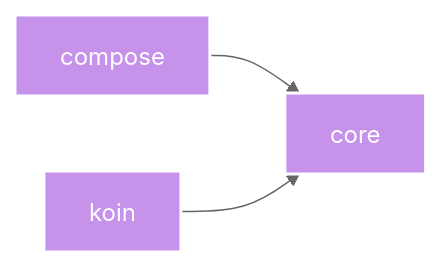
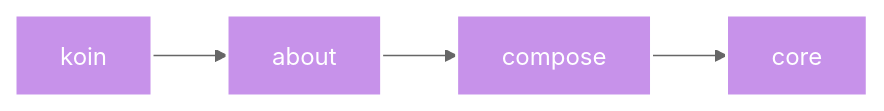
Before and after one commit to yasanglass/toolkit: the diagram in kotlin-multiplatform/README.md, drawn with Mermaid. The commit also changed 13 other files, not shown here.

````diff
--- a/kotlin-multiplatform/README.md
+++ b/kotlin-multiplatform/README.md
@@ -3,21 +3,26 @@
 ```mermaid
 %%{
   init: {
     'theme': 'neutral'
   }
 }%%
 
 graph LR
+  :about["about"]
+  :compose["compose"]
   :compose["compose"]
   :core["core"]
   :koin["koin"]
+  :about["about"]
 
+  :about --> :compose
   :compose --> :core
-  :koin --> :core
+  :koin --> :about
 
 classDef kotlin-multiplatform fill:#C792EA,stroke:#fff,stroke-width:2px,color:#fff;
+class :about kotlin-multiplatform
 class :compose kotlin-multiplatform
 class :core kotlin-multiplatform
 class :koin kotlin-multiplatform
 
 ```
````
